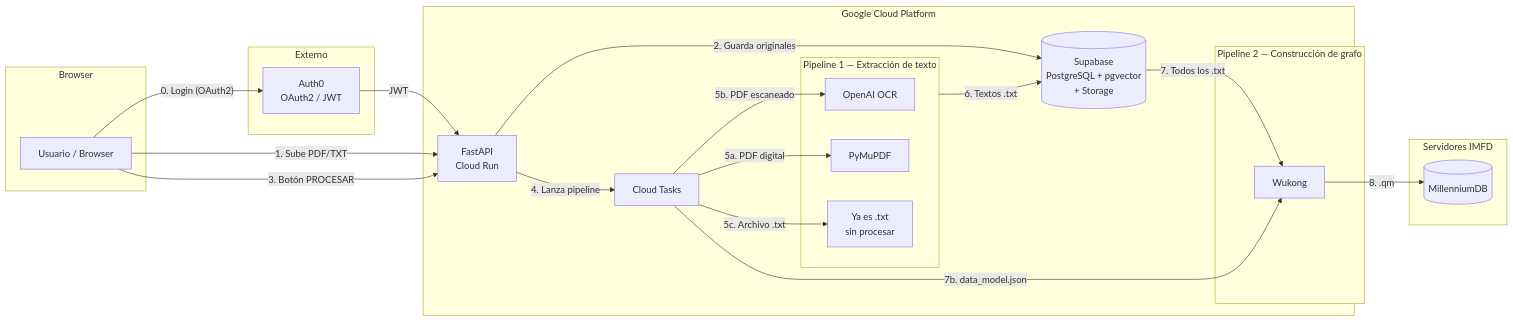
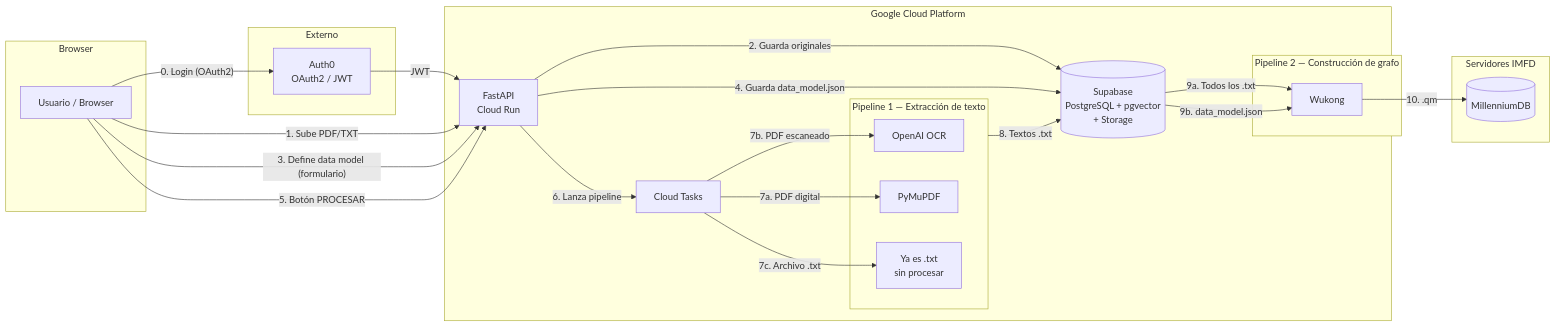
The first of 2 diagrams in README.md (renaa-m/TallerDeIntegracion_G10), drawn with Mermaid before and after one commit.

Commit message:
docs: corregir diagrama — incluir formulario data model y renumerar flujo
- Paso 3: usuario define data model via formulario
- Paso 4: se guarda data_model.json en Supabase
- Paso 5: botón Procesar
- data_model.json ahora sale de Supabase (no de Cloud Tasks)
- Renumeración coherente de todas las flechas

Made-with: Cursor

````diff
--- a/README.md
+++ b/README.md
@@ -146,44 +146,46 @@
 ```mermaid
 graph LR
     subgraph Browser
         U[Usuario / Browser]
     end
 
     subgraph Auth0_ext ["Externo"]
         AUTH0[Auth0\nOAuth2 / JWT]
     end
 
     subgraph GCP ["Google Cloud Platform"]
         API[FastAPI\nCloud Run]
         SUPA[(Supabase\nPostgreSQL + pgvector\n+ Storage)]
         CT[Cloud Tasks]
 
         subgraph Pipeline_1 ["Pipeline 1 — Extracción de texto"]
             OCR[OpenAI OCR]
             PYMUPDF[PyMuPDF]
             TXT_PASS[Ya es .txt\nsin procesar]
         end
 
         subgraph Pipeline_2 ["Pipeline 2 — Construcción de grafo"]
             WK[Wukong]
         end
     end
 
     subgraph IMFD_servers ["Servidores IMFD"]
         MDB[(MillenniumDB)]
     end
 
     U -->|"0. Login (OAuth2)"| AUTH0
     AUTH0 -->|"JWT"| API
     U -->|"1. Sube PDF/TXT"| API
     API -->|"2. Guarda originales"| SUPA
-    U -->|"3. Botón PROCESAR"| API
-    API -->|"4. Lanza pipeline"| CT
-    CT -->|"5a. PDF digital"| PYMUPDF
-    CT -->|"5b. PDF escaneado"| OCR
-    CT -->|"5c. Archivo .txt"| TXT_PASS
-    Pipeline_1 -->|"6. Textos .txt"| SUPA
-    SUPA -->|"7. Todos los .txt"| WK
-    CT -->|"7b. data_model.json"| WK
-    WK -->|"8. .qm"| MDB
+    U -->|"3. Define data model (formulario)"| API
+    API -->|"4. Guarda data_model.json"| SUPA
+    U -->|"5. Botón PROCESAR"| API
+    API -->|"6. Lanza pipeline"| CT
+    CT -->|"7a. PDF digital"| PYMUPDF
+    CT -->|"7b. PDF escaneado"| OCR
+    CT -->|"7c. Archivo .txt"| TXT_PASS
+    Pipeline_1 -->|"8. Textos .txt"| SUPA
+    SUPA -->|"9a. Todos los .txt"| WK
+    SUPA -->|"9b. data_model.json"| WK
+    WK -->|"10. .qm"| MDB
 ```
````
